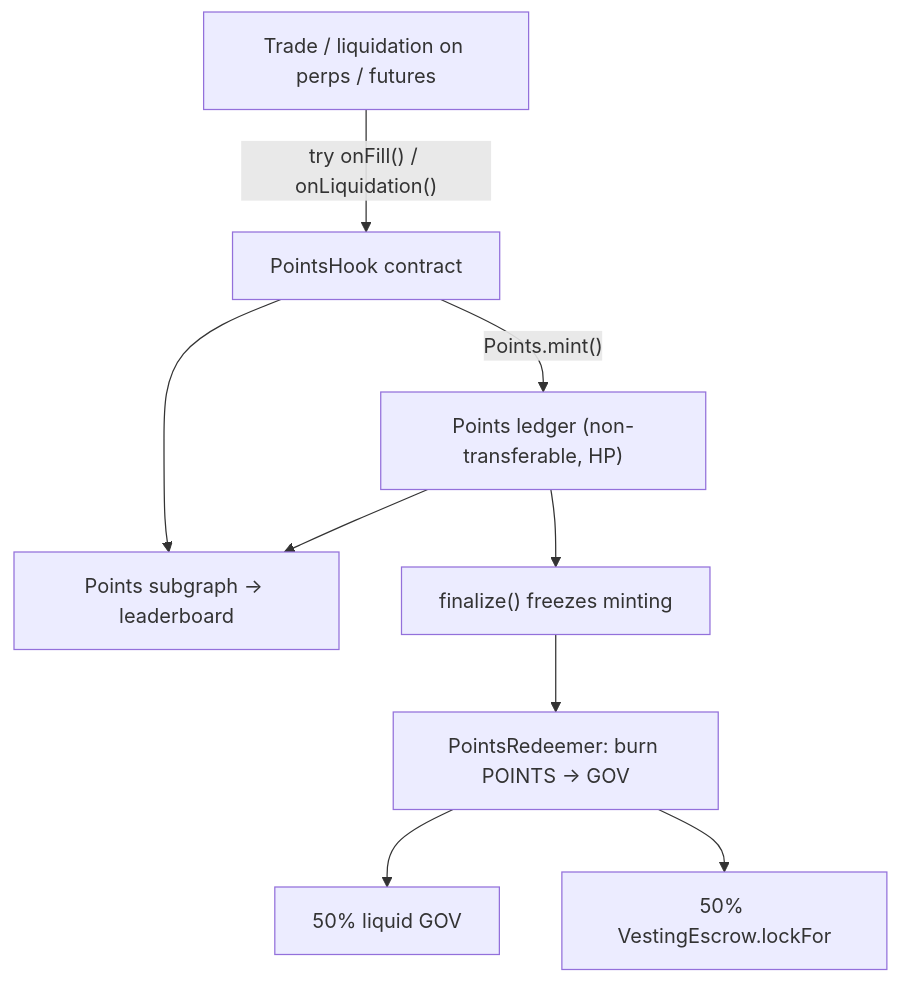
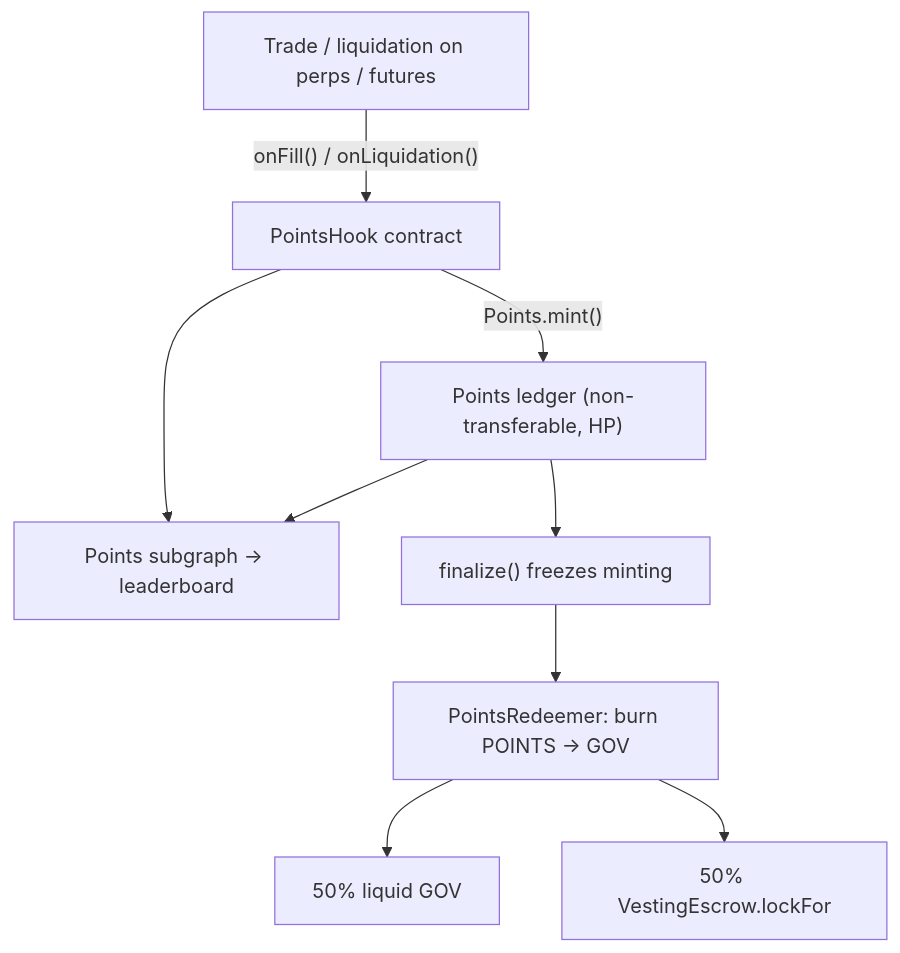
The diagram in docs/points-system-design.md (Lumerin-protocol/collateral-margin), drawn with Mermaid before and after one commit. The commit also changed other lines of this file and 26 other files, not shown here.

First line of the commit message:
feat(points): drop hook accrual events, mirror mints from Transfer

````diff
--- a/docs/points-system-design.md
+++ b/docs/points-system-design.md
@@ -211,11 +224,11 @@
 ```mermaid
 flowchart TD
-    trade["Trade / liquidation on perps / futures"] -->|"try onFill() / onLiquidation()"| pointsHook["PointsHook contract"]
+    trade["Trade / liquidation on perps / futures"] -->|"onFill() / onLiquidation()"| pointsHook["PointsHook contract"]
     pointsHook -->|"Points.mint()"| points["Points ledger (non-transferable, HP)"]
     pointsHook --> mirror["Points subgraph -> leaderboard"]
     points --> mirror
     points --> finalize["finalize() freezes minting"]
     finalize --> swap["PointsRedeemer: burn POINTS -> GOV"]
     swap --> liquid["50% liquid GOV"]
     swap --> vest["50% VestingEscrow.lockFor"]
 ```
````
